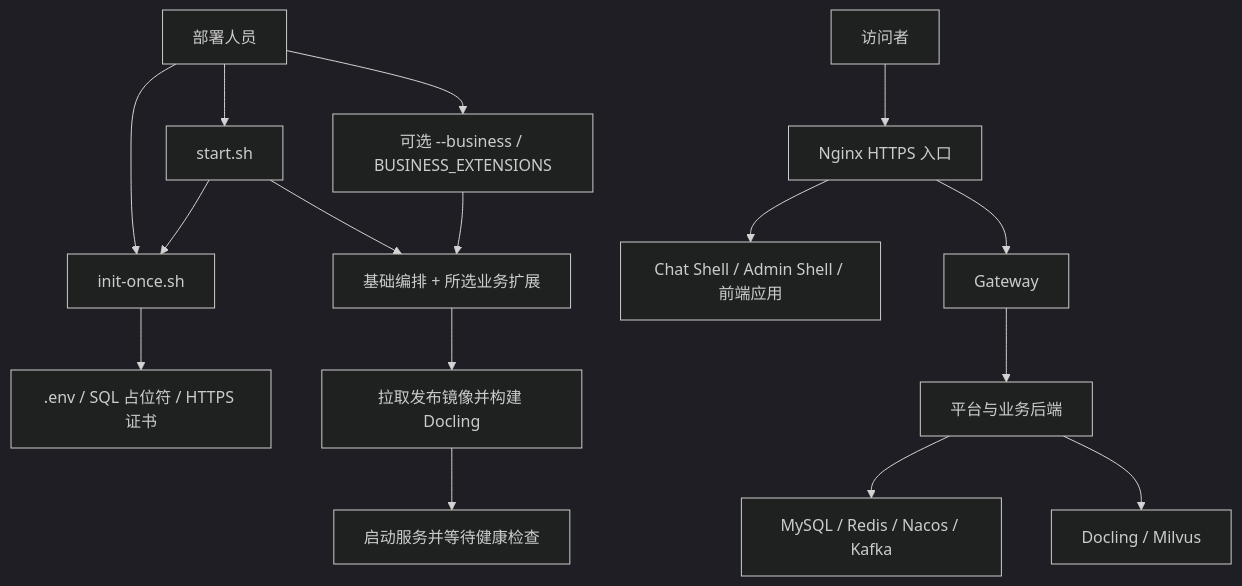
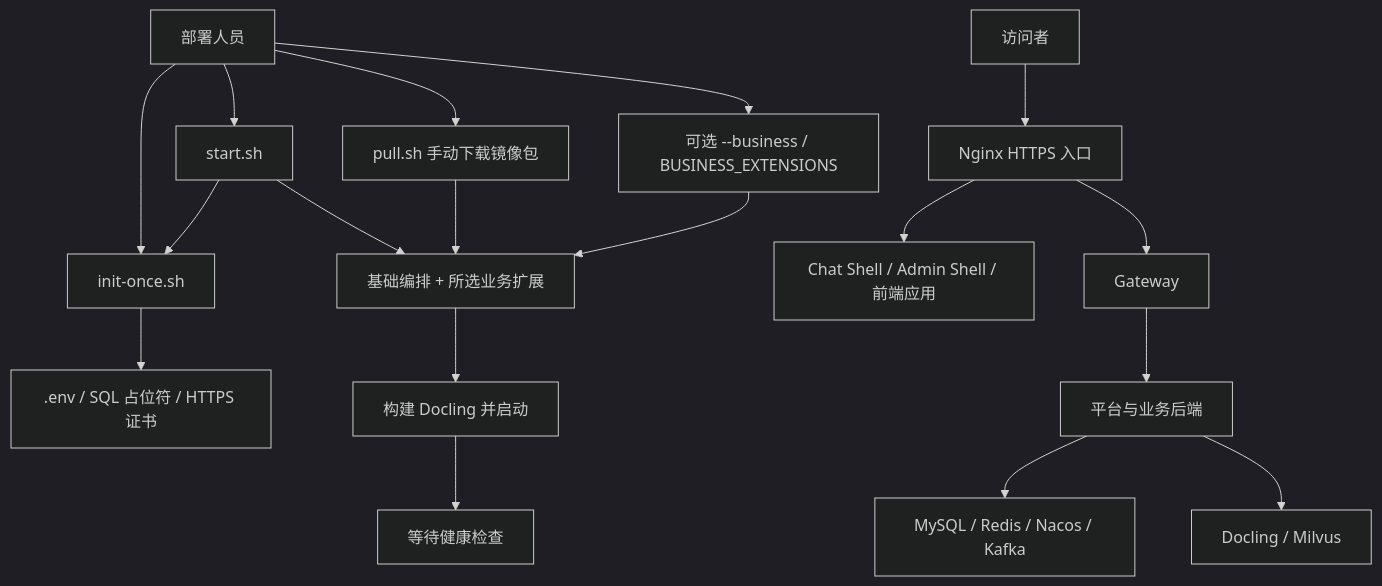
One commit to g2rain/g2rain-bootstrap changed the diagram in README.md. Above: the diagram before and after it, drawn with Mermaid (dark theme). The commit also changed other lines of this file and 13 other files, not shown here.

````diff
--- a/README.md
+++ b/README.md
@@ -195,18 +198,20 @@
 ```mermaid
 flowchart TD
   O[部署人员] --> I0[init-once.sh]
   I0 --> E[.env / SQL 占位符 / HTTPS 证书]
+  O --> P[pull.sh 手动下载镜像包]
   O --> S[start.sh]
   S --> I0
   S --> C[基础编排 + 所选业务扩展]
-  C --> I[拉取发布镜像并构建 Docling]
-  I --> H[启动服务并等待健康检查]
+  P --> C
+  C --> I[构建 Docling 并启动]
+  I --> H[等待健康检查]
   O --> X[可选 --business / BUSINESS_EXTENSIONS]
   X --> C
   V[访问者] --> N[Nginx HTTPS 入口]
   N --> A[Chat Shell / Admin Shell / 前端应用]
   N --> G[Gateway]
   G --> B[平台与业务后端]
   B --> K[MySQL / Redis / Nacos / Kafka]
   B --> D[Docling / Milvus]
 ```
````
